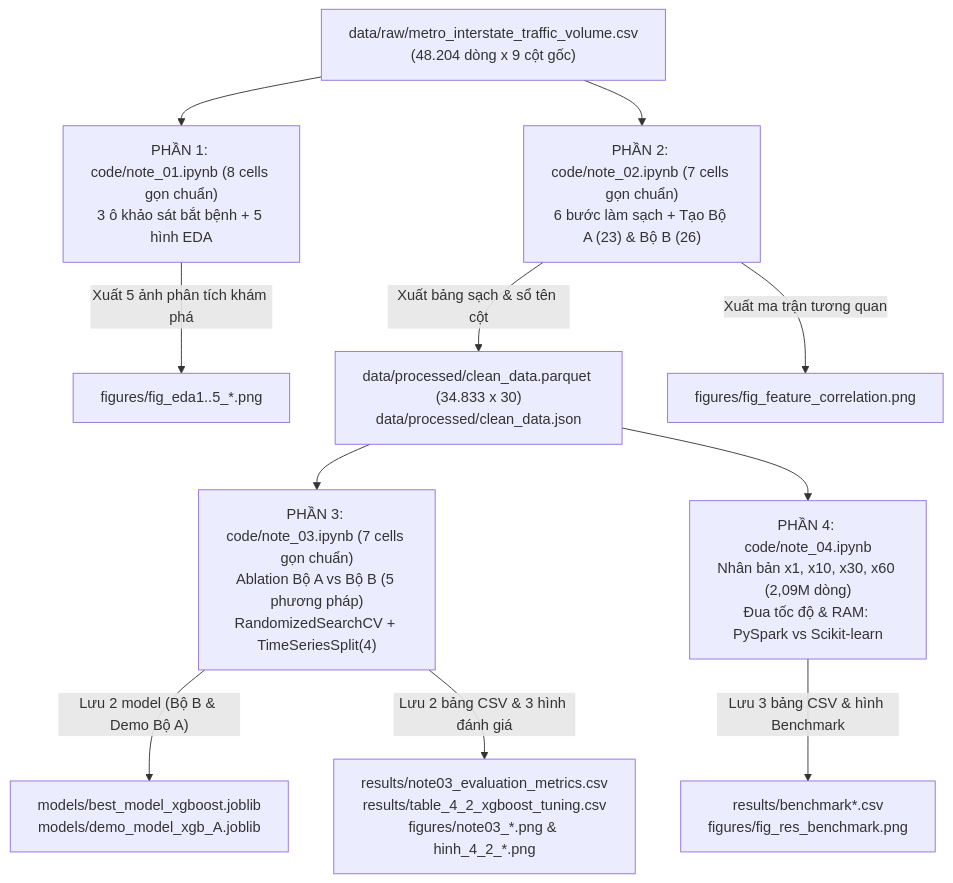
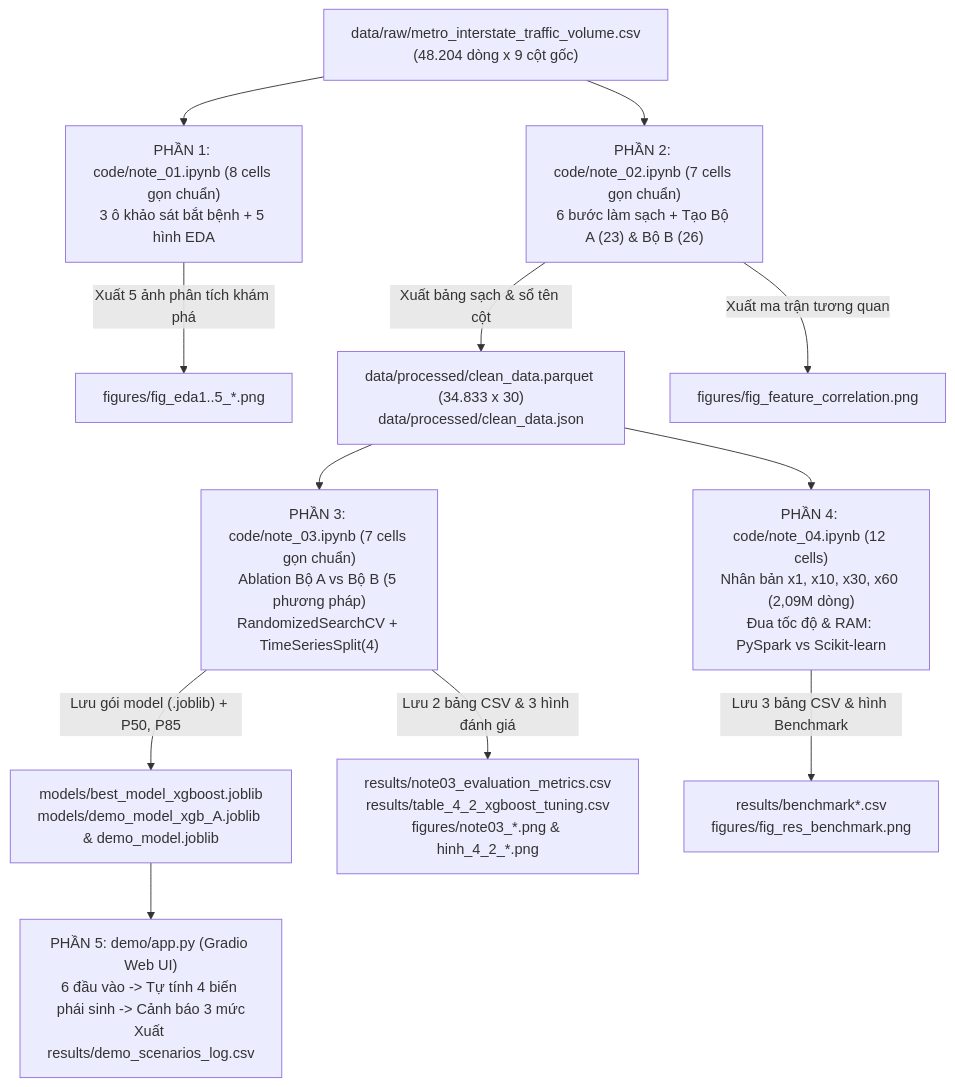
Before and after one commit to duchihi06/btl_nh-m_3: the diagram in giai_thich_toan_bo_code_4_notebooks.md, drawn with Mermaid. The commit also changed other lines of this file and 1 other file, not shown here.

````diff
--- a/giai_thich_toan_bo_code_4_notebooks.md
+++ b/giai_thich_toan_bo_code_4_notebooks.md
@@ -12,16 +12,17 @@
 ```mermaid
 flowchart TD
     RAW["data/raw/metro_interstate_traffic_volume.csv<br/>(48.204 dòng x 9 cột gốc)"] --> N1["PHẦN 1: code/note_01.ipynb (8 cells gọn chuẩn)<br/>3 ô khảo sát bắt bệnh + 5 hình EDA"]
     RAW --> N2["PHẦN 2: code/note_02.ipynb (7 cells gọn chuẩn)<br/>6 bước làm sạch + Tạo Bộ A (23) & Bộ B (26)"]
 
     N1 -->|"Xuất 5 ảnh phân tích khám phá"| FIG1["figures/fig_eda1..5_*.png"]
     N2 -->|"Xuất bảng sạch & sổ tên cột"| PQ["data/processed/clean_data.parquet (34.833 x 30)<br/>data/processed/clean_data.json"]
     N2 -->|"Xuất ma trận tương quan"| FIG2["figures/fig_feature_correlation.png"]
 
     PQ --> N3["PHẦN 3: code/note_03.ipynb (7 cells gọn chuẩn)<br/>Ablation Bộ A vs Bộ B (5 phương pháp)<br/>RandomizedSearchCV + TimeSeriesSplit(4)"]
-    PQ --> N4["PHẦN 4: code/note_04.ipynb<br/>Nhân bản x1, x10, x30, x60 (2,09M dòng)<br/>Đua tốc độ & RAM: PySpark vs Scikit-learn"]
+    PQ --> N4["PHẦN 4: code/note_04.ipynb (12 cells)<br/>Nhân bản x1, x10, x30, x60 (2,09M dòng)<br/>Đua tốc độ & RAM: PySpark vs Scikit-learn"]
 
-    N3 -->|"Lưu 2 model (Bộ B & Demo Bộ A)"| MOD["models/best_model_xgboost.joblib<br/>models/demo_model_xgb_A.joblib"]
+    N3 -->|"Lưu gói model (.joblib) + P50, P85"| MOD["models/best_model_xgboost.joblib<br/>models/demo_model_xgb_A.joblib & demo_model.joblib"]
     N3 -->|"Lưu 2 bảng CSV & 3 hình đánh giá"| OUT3["results/note03_evaluation_metrics.csv<br/>results/table_4_2_xgboost_tuning.csv<br/>figures/note03_*.png & hinh_4_2_*.png"]
     N4 -->|"Lưu 3 bảng CSV & hình Benchmark"| OUT4["results/benchmark*.csv<br/>figures/fig_res_benchmark.png"]
+    MOD --> DEMO["PHẦN 5: demo/app.py (Gradio Web UI)<br/>6 đầu vào -> Tự tính 4 biến phái sinh -> Cảnh báo 3 mức<br/>Xuất results/demo_scenarios_log.csv"]
 ```
````
